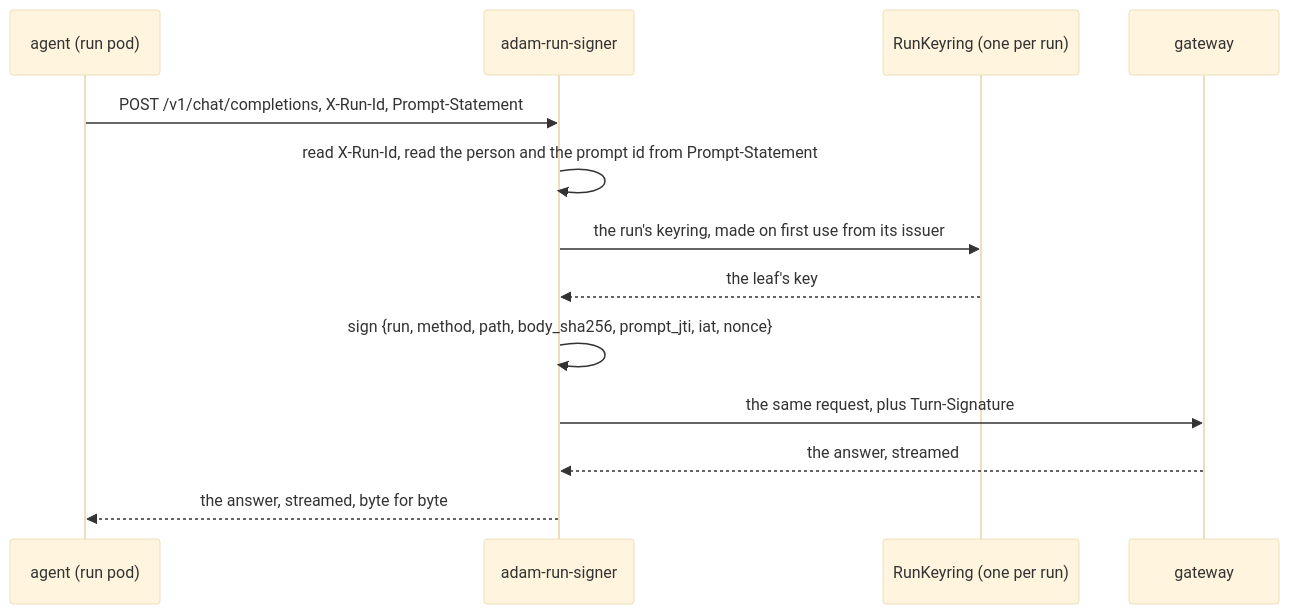
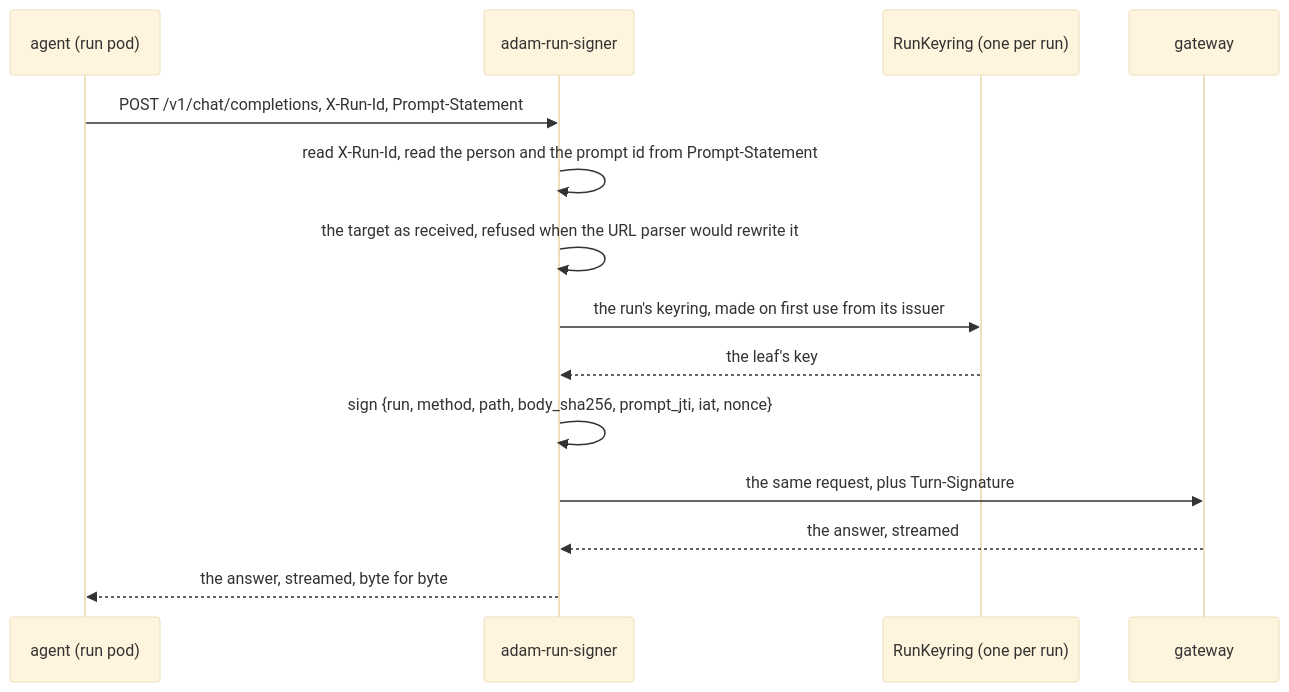
Before and after one commit to vymalo/another-adam-rs: the first of 2 diagrams in bin/run-signer/README.md, drawn with Mermaid (base theme). The commit also changed other lines of this file and 25 other files, not shown here.

````diff
--- a/bin/run-signer/README.md
+++ b/bin/run-signer/README.md
@@ -24,16 +24,17 @@
 ```mermaid
 sequenceDiagram
     participant A as agent (run pod)
     participant S as adam-run-signer
     participant K as RunKeyring (one per run)
     participant G as gateway
 
     A->>S: POST /v1/chat/completions, X-Run-Id, Prompt-Statement
     S->>S: read X-Run-Id, read the person and the prompt id from Prompt-Statement
+    S->>S: the target as received, refused when the URL parser would rewrite it
     S->>K: the run's keyring, made on first use from its issuer
     K-->>S: the leaf's key
     S->>S: sign {run, method, path, body_sha256, prompt_jti, iat, nonce}
     S->>G: the same request, plus Turn-Signature
     G-->>S: the answer, streamed
     S-->>A: the answer, streamed, byte for byte
 ```
````
